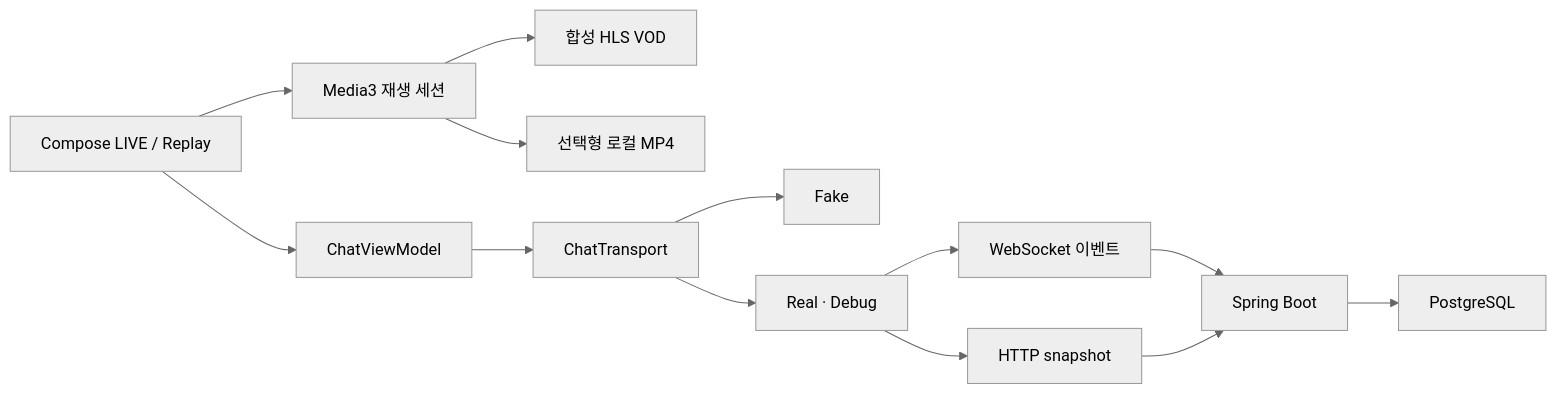
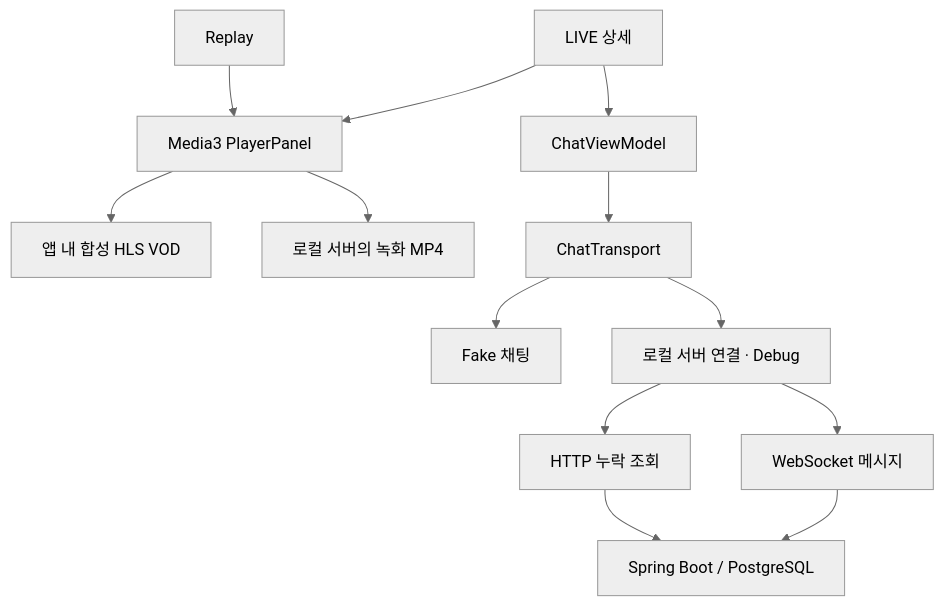
One commit to CodingBot000/fanstage-android-ai-harness changed the second of 2 diagrams in docs/architecture.md. Above: the diagram before and after it, drawn with Mermaid (neutral theme). The commit also changed other lines of this file and 10 other files, not shown here.

```diff
--- a/docs/architecture.md
+++ b/docs/architecture.md
@@ -42,15 +52,15 @@
 ~~~mermaid
-flowchart LR
-    UI["Compose LIVE / Replay"] --> PLAYER["Media3 재생 세션"]
-    UI --> VM["ChatViewModel"]
-    PLAYER --> HLS["합성 HLS VOD"]
-    PLAYER --> MP4["선택형 로컬 MP4"]
-    VM --> CONTRACT["ChatTransport"]
-    CONTRACT --> FAKE["Fake"]
-    CONTRACT --> REAL["Real · Debug"]
-    REAL --> WS["WebSocket 이벤트"]
-    REAL --> HTTP["HTTP snapshot"]
-    WS --> SERVER["Spring Boot"]
-    HTTP --> SERVER
-    SERVER --> PG["PostgreSQL"]
+flowchart TB
+  LIVE["LIVE 상세"] --> PLAYER["Media3 PlayerPanel"]
+  LIVE --> CHAT["ChatViewModel"]
+  REPLAY["Replay"] --> PLAYER
+  PLAYER --> HLS["앱 내 합성 HLS VOD"]
+  PLAYER --> MP4["로컬 서버의 녹화 MP4"]
+  CHAT --> TRANSPORT["ChatTransport"]
+  TRANSPORT --> FAKE["Fake 채팅"]
+  TRANSPORT --> REAL["로컬 서버 연결 · Debug"]
+  REAL --> WS["WebSocket 메시지"]
+  REAL --> HTTP["HTTP 누락 조회"]
+  WS --> SERVER["Spring Boot / PostgreSQL"]
+  HTTP --> SERVER
 ~~~
```
